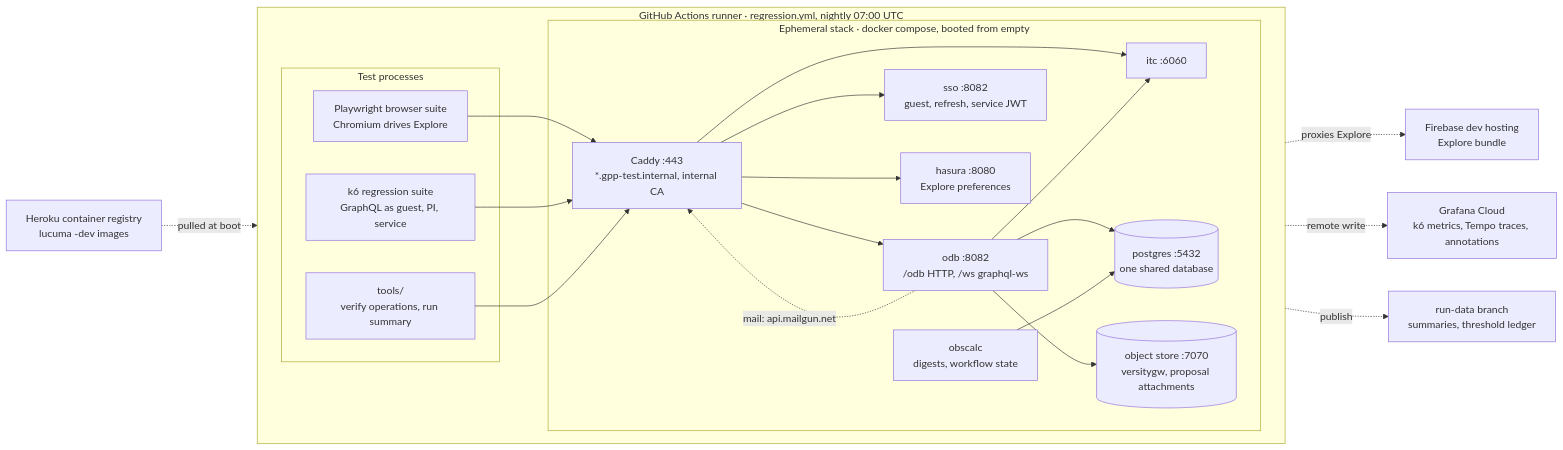
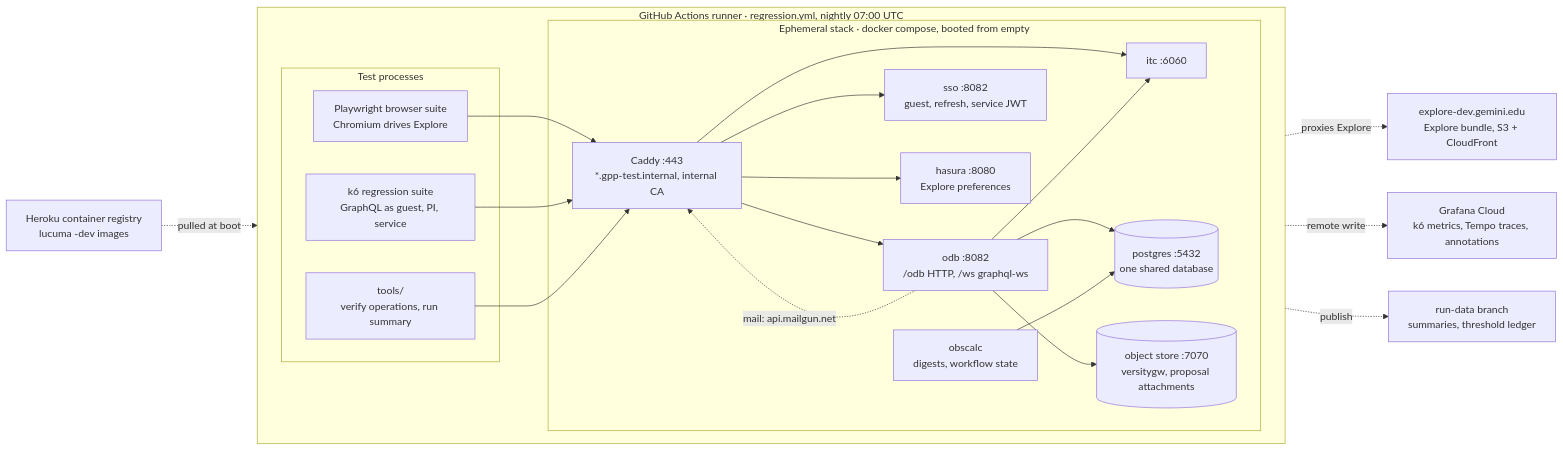
Before and after one commit to cquiroz/gpp-tests: the first of 5 diagrams in ARCHITECTURE.md, drawn with Mermaid. The commit also changed other lines of this file and 8 other files, not shown here.

First line of the commit message:
Proxy Explore from its AWS dev deploy; Firebase hosting is gone

````diff
--- a/ARCHITECTURE.md
+++ b/ARCHITECTURE.md
@@ -51,42 +51,42 @@
 ```mermaid
 flowchart LR
   subgraph runner["GitHub Actions runner · regression.yml, nightly 07:00 UTC"]
     direction LR
     subgraph tests["Test processes"]
       pw["Playwright browser suite<br/>Chromium drives Explore"]
       k6r["k6 regression suite<br/>GraphQL as guest, PI, service"]
       tools["tools/<br/>verify operations, run summary"]
     end
     subgraph stack["Ephemeral stack · docker compose, booted from empty"]
       caddy["Caddy :443<br/>*.gpp-test.internal, internal CA"]
       odb["odb :8082<br/>/odb HTTP, /ws graphql-ws"]
       sso["sso :8082<br/>guest, refresh, service JWT"]
       itc["itc :6060"]
       hasura["hasura :8080<br/>Explore preferences"]
       obscalc["obscalc<br/>digests, workflow state"]
       pg[("postgres :5432<br/>one shared database")]
       s3[("object store :7070<br/>versitygw, proposal attachments")]
     end
   end
-  firebase["Firebase dev hosting<br/>Explore bundle"]
+  exploredev["explore-dev.gemini.edu<br/>Explore bundle, S3 + CloudFront"]
   heroku["Heroku container registry<br/>lucuma -dev images"]
   grafana["Grafana Cloud<br/>k6 metrics, Tempo traces, annotations"]
   rundata["run-data branch<br/>summaries, threshold ledger"]
 
   pw --> caddy
   k6r --> caddy
   tools --> caddy
   caddy --> odb
   caddy --> sso
   caddy --> itc
   caddy --> hasura
-  caddy -. proxies Explore .-> firebase
+  caddy -. proxies Explore .-> exploredev
   odb --> pg
   obscalc --> pg
   odb --> itc
   odb --> s3
   odb -. "mail: api.mailgun.net" .-> caddy
   heroku -. pulled at boot .-> stack
   k6r -. remote write .-> grafana
   tools -. publish .-> rundata
 ```
````
